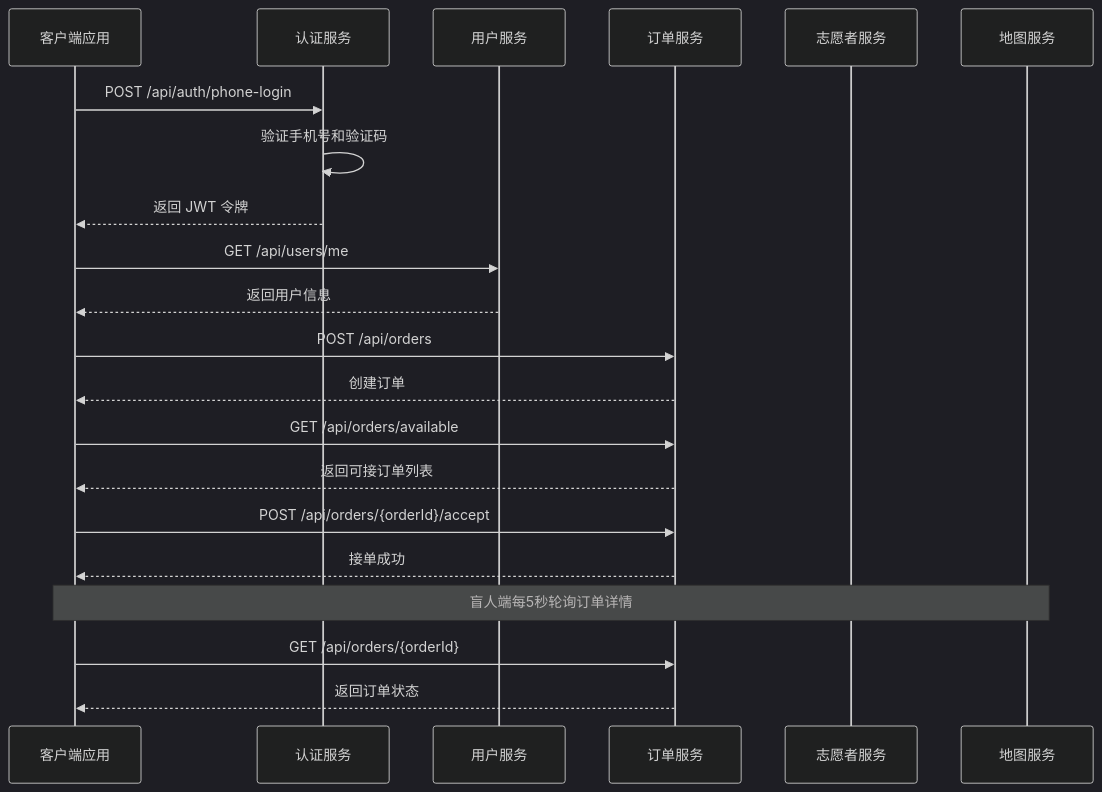
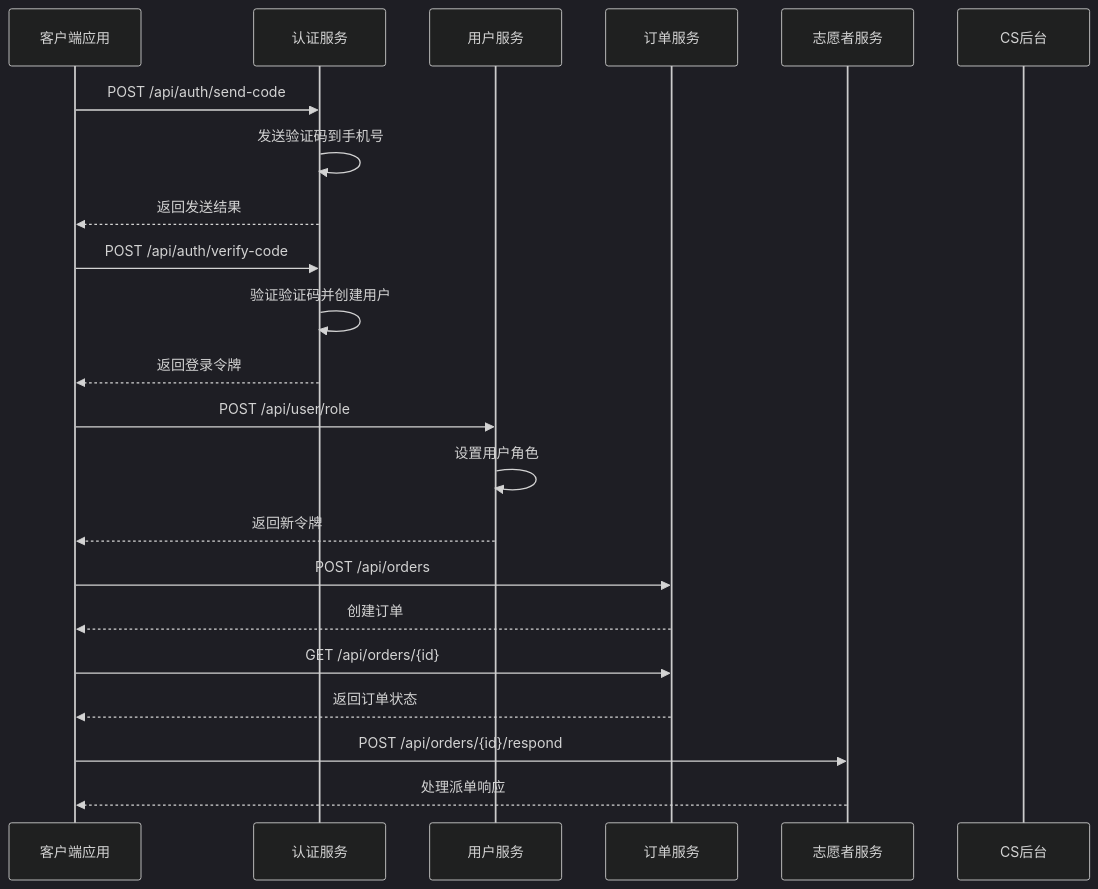
The second of 8 diagrams in .qoder/repowiki/zh/content/API 接口文档/API 接口文档.md (Jayden23018/blind-run-ios), drawn with Mermaid (dark theme) before and after one commit. The commit also changed other lines of this file and 23 other files, not shown here.

Commit message:
Implement MVP booking and volunteer flow updates

````diff
--- a/.qoder/repowiki/zh/content/API 接口文档/API 接口文档.md
+++ b/.qoder/repowiki/zh/content/API 接口文档/API 接口文档.md
@@ -172,23 +143,24 @@
 ```mermaid
 sequenceDiagram
 participant Client as 客户端应用
 participant Auth as 认证服务
 participant User as 用户服务
 participant Order as 订单服务
 participant Vol as 志愿者服务
-participant Map as 地图服务
-Client->>Auth : POST /api/auth/phone-login
-Auth->>Auth : 验证手机号和验证码
-Auth-->>Client : 返回 JWT 令牌
-Client->>User : GET /api/users/me
-User-->>Client : 返回用户信息
+participant CS as CS后台
+Client->>Auth : POST /api/auth/send-code
+Auth->>Auth : 发送验证码到手机号
+Auth-->>Client : 返回发送结果
+Client->>Auth : POST /api/auth/verify-code
+Auth->>Auth : 验证验证码并创建用户
+Auth-->>Client : 返回登录令牌
+Client->>User : POST /api/user/role
+User->>User : 设置用户角色
+User-->>Client : 返回新令牌
 Client->>Order : POST /api/orders
 Order-->>Client : 创建订单
-Client->>Order : GET /api/orders/available
-Order-->>Client : 返回可接订单列表
-Client->>Order : POST /api/orders/{orderId}/accept
-Order-->>Client : 接单成功
-Note over Client,Map : 盲人端每5秒轮询订单详情
-Client->>Order : GET /api/orders/{orderId}
+Client->>Order : GET /api/orders/{id}
 Order-->>Client : 返回订单状态
+Client->>Vol : POST /api/orders/{id}/respond
+Vol-->>Client : 处理派单响应
 ```
````
